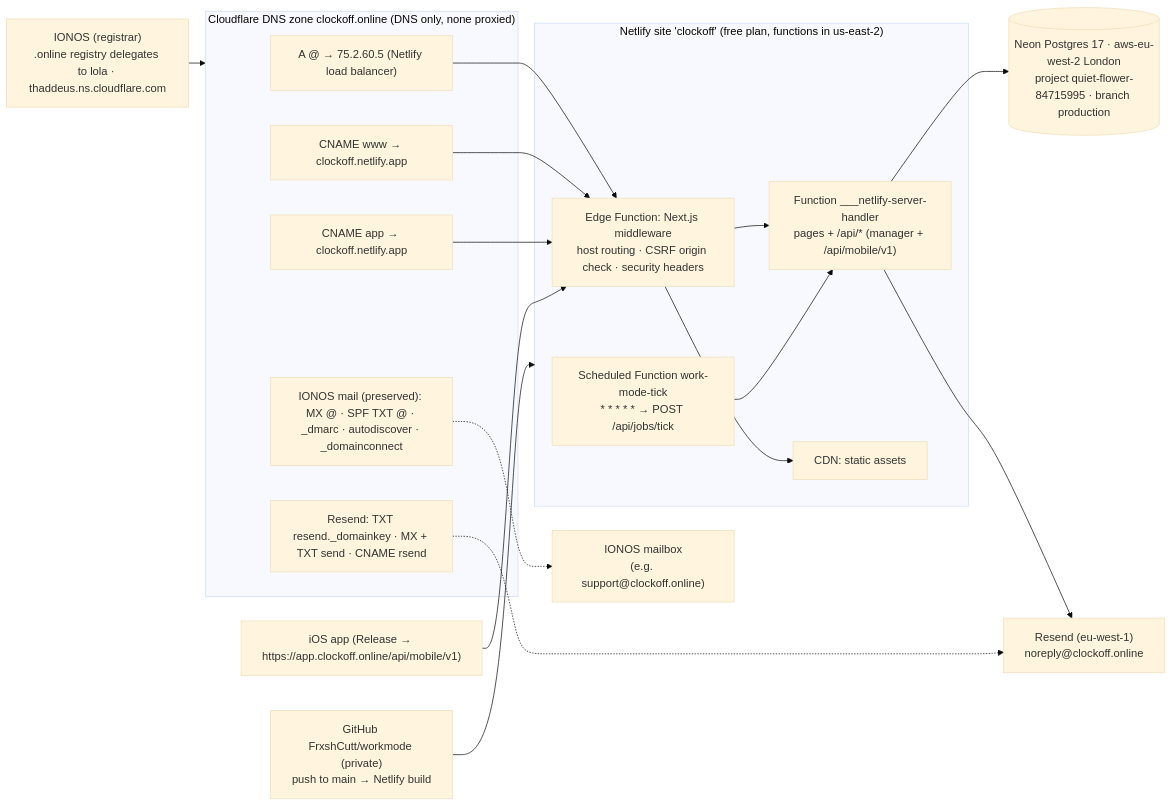
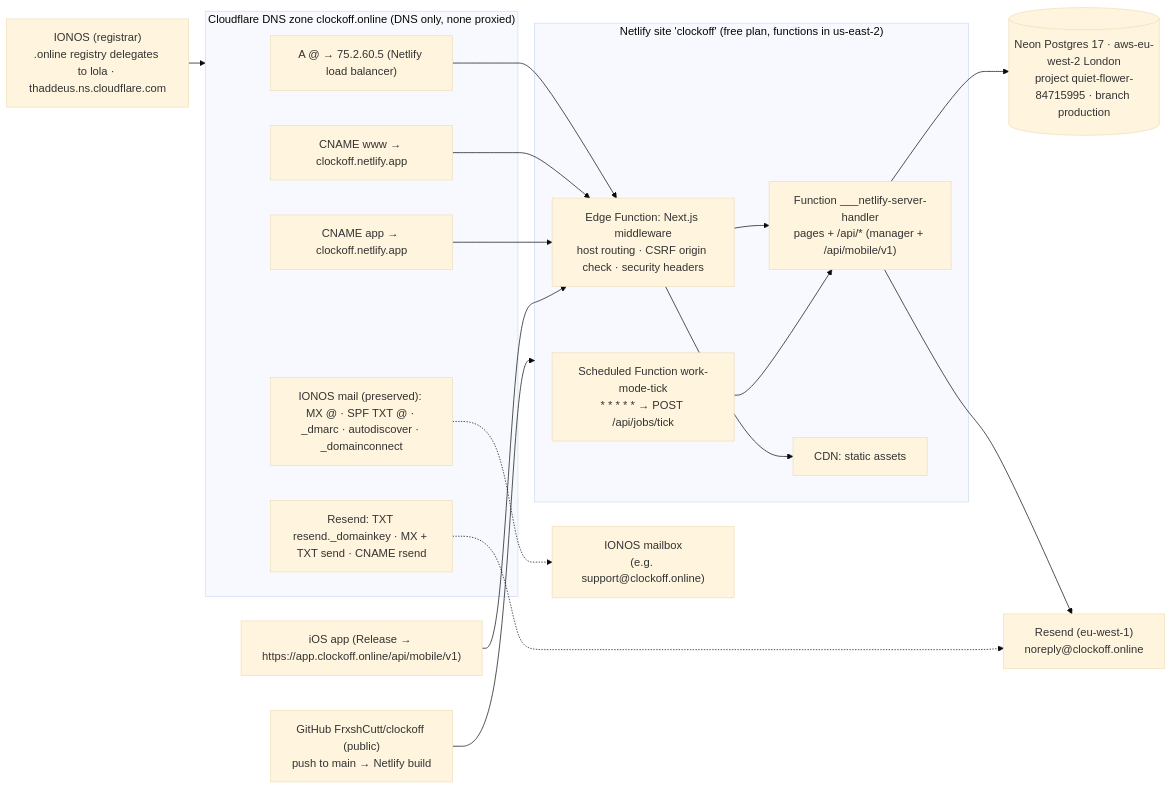
One commit to FrxshCutt/clockoff changed the diagram in docs/DEPLOYMENT.md. Above: the diagram before and after it, drawn with Mermaid (base theme). The commit also changed other lines of this file and 16 other files, not shown here.

````diff
--- a/docs/DEPLOYMENT.md
+++ b/docs/DEPLOYMENT.md
@@ -14,36 +14,36 @@
 ```mermaid
 flowchart LR
   REG["IONOS (registrar)\n.online registry delegates to lola · thaddeus.ns.cloudflare.com"]
   subgraph CF["Cloudflare DNS zone clockoff.online (DNS only, none proxied)"]
     APEX["A @ → 75.2.60.5 (Netlify load balancer)"]
     WWW["CNAME www → clockoff.netlify.app"]
     APP["CNAME app → clockoff.netlify.app"]
     RESENDREC["Resend: TXT resend._domainkey · MX + TXT send · CNAME rsend"]
     MAILREC["IONOS mail (preserved): MX @ · SPF TXT @ · _dmarc · autodiscover · _domainconnect"]
   end
   subgraph Netlify["Netlify site 'clockoff' (free plan, functions in us-east-2)"]
     EDGE["Edge Function: Next.js middleware\nhost routing · CSRF origin check · security headers"]
     SRV["Function ___netlify-server-handler\npages + /api/* (manager + /api/mobile/v1)"]
     SCHED["Scheduled Function work-mode-tick\n* * * * * → POST /api/jobs/tick"]
     CDN["CDN: static assets"]
   end
   NEON[("Neon Postgres 17 · aws-eu-west-2 London\nproject quiet-flower-84715995 · branch production")]
   RESEND["Resend (eu-west-1)\nnoreply@clockoff.online"]
   MAILBOX["IONOS mailbox\n(e.g. support@clockoff.online)"]
-  GH["GitHub FrxshCutt/workmode (private)\npush to main → Netlify build"]
+  GH["GitHub FrxshCutt/clockoff (public)\npush to main → Netlify build"]
   IOS["iOS app (Release → https://app.clockoff.online/api/mobile/v1)"]
 
   REG --> CF
   APEX --> EDGE
   WWW --> EDGE
   APP --> EDGE
   IOS --> EDGE
   EDGE --> SRV
   EDGE --> CDN
   SCHED --> SRV
   SRV --> NEON
   SRV --> RESEND
   RESENDREC -.-> RESEND
   MAILREC -.-> MAILBOX
   GH --> Netlify
 ```
````
